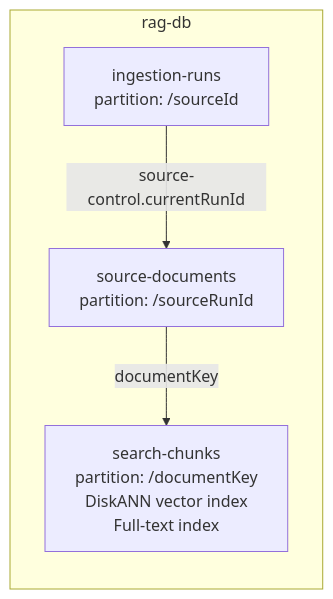
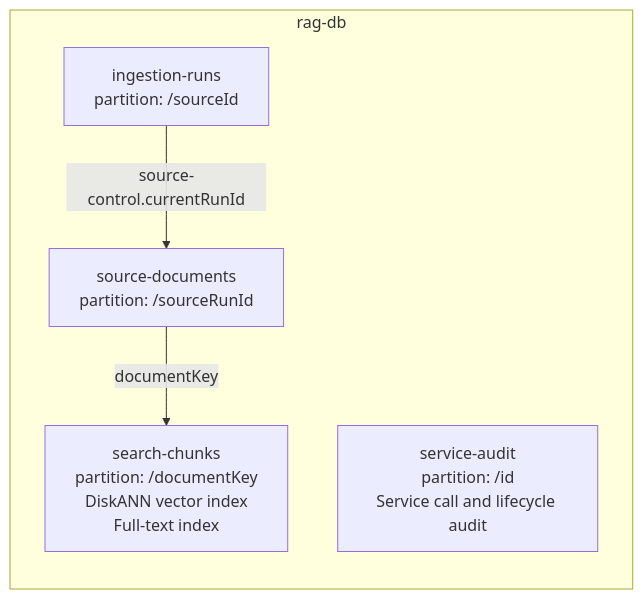
One commit to HariVamsiChittari/enterprise-rag-pipeline changed the fifth of 9 diagrams in docs/ARCHITECTURE.md. Above: the diagram before and after it, drawn with Mermaid. The commit also changed other lines of this file and 58 other files, not shown here.

````diff
--- a/docs/ARCHITECTURE.md
+++ b/docs/ARCHITECTURE.md
@@ -94,10 +204,11 @@
 ```mermaid
 flowchart LR
     subgraph rag-db
         C1[ingestion-runs<br/>partition: /sourceId]
         C2[source-documents<br/>partition: /sourceRunId]
         C3[search-chunks<br/>partition: /documentKey<br/>DiskANN vector index<br/>Full-text index]
+        C4[service-audit<br/>partition: /id<br/>Service call and lifecycle audit]
     end
     C1 -->|source-control.currentRunId| C2
     C2 -->|documentKey| C3
 ```
````
